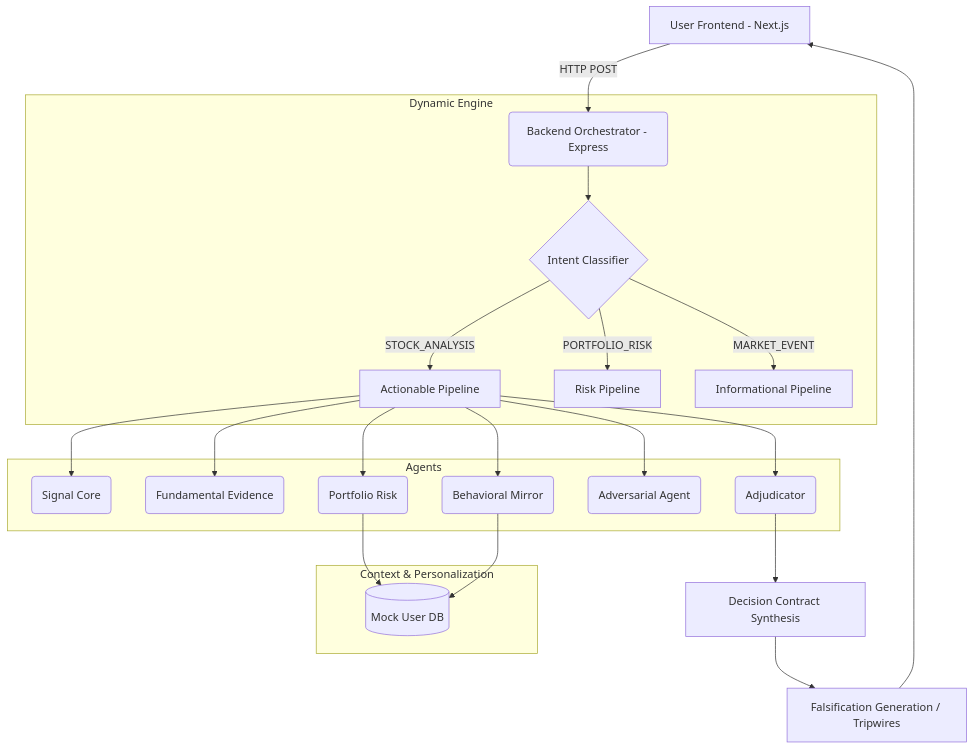
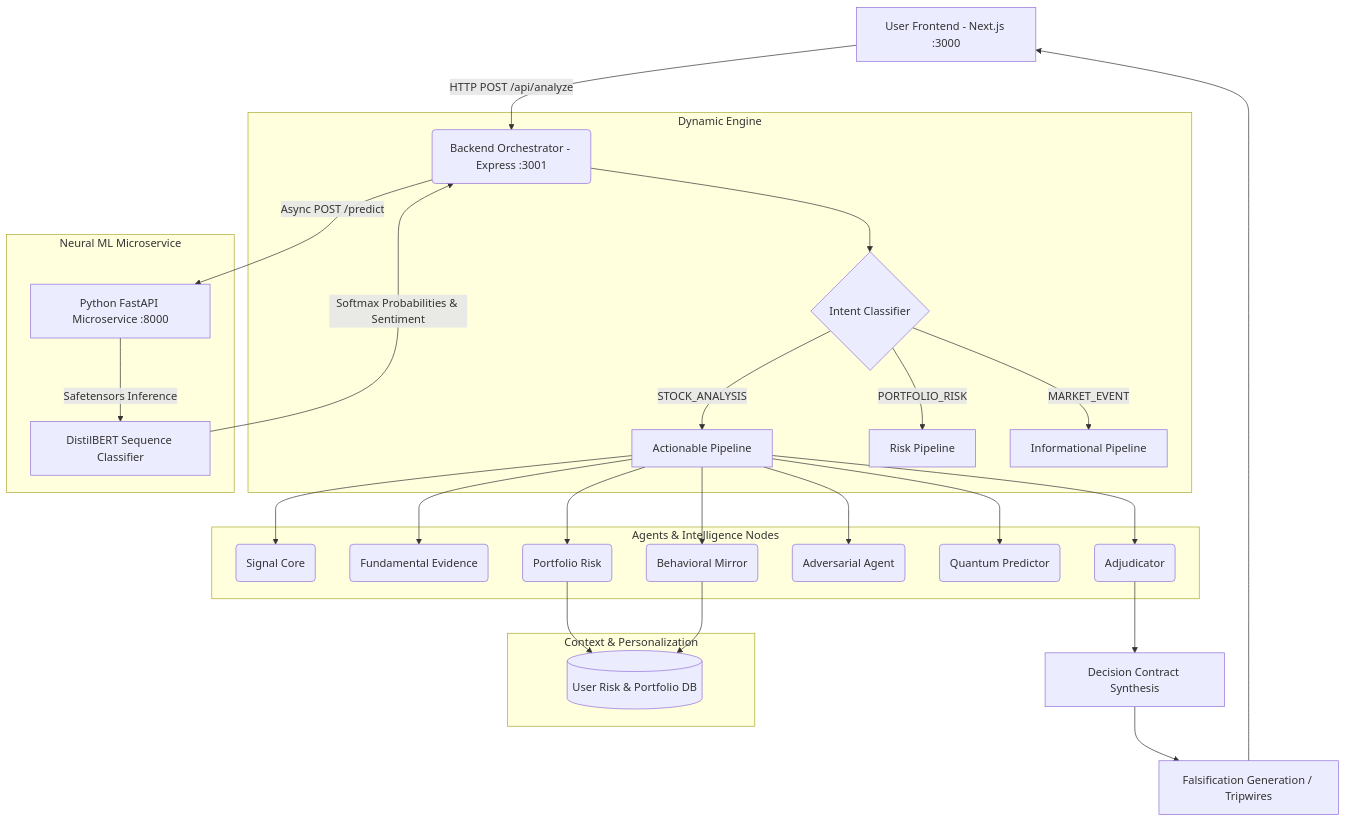
Before and after one commit to gokulra2006-del/FinanceSystem: the diagram in docs/ARCHITECTURE.md, drawn with Mermaid. The commit also changed other lines of this file and 7 other files, not shown here.

Commit message:
feat: integrate ML model microservice, enhance README & architecture docs, fix decision intelligence telemetry

````diff
--- a/docs/ARCHITECTURE.md
+++ b/docs/ARCHITECTURE.md
@@ -9,29 +9,36 @@
 ```mermaid
 graph TD
-    A[User Frontend - Next.js] -->|HTTP POST| B(Backend Orchestrator - Express)
+    A[User Frontend - Next.js :3000] -->|HTTP POST /api/analyze| B(Backend Orchestrator - Express :3001)
     
     subgraph Dynamic Engine
     B --> C{Intent Classifier}
     C -->|STOCK_ANALYSIS| D[Actionable Pipeline]
     C -->|PORTFOLIO_RISK| E[Risk Pipeline]
     C -->|MARKET_EVENT| F[Informational Pipeline]
     end
 
-    subgraph Agents
+    subgraph Agents & Intelligence Nodes
     D --> G(Signal Core)
     D --> H(Fundamental Evidence)
     D --> I(Portfolio Risk)
     D --> J(Behavioral Mirror)
     D --> K(Adversarial Agent)
+    D --> P(Quantum Predictor)
     D --> L(Adjudicator)
     end
 
+    subgraph Neural ML Microservice
+    B -->|Async POST /predict| ML[Python FastAPI Microservice :8000]
+    ML -->|Safetensors Inference| BERT[DistilBERT Sequence Classifier]
+    BERT -->|Softmax Probabilities & Sentiment| B
+    end
+
     subgraph Context & Personalization
-    I --> M[(Mock User DB)]
+    I --> M[(User Risk & Portfolio DB)]
     J --> M
     end
 
     L --> N[Decision Contract Synthesis]
     N --> O[Falsification Generation / Tripwires]
     O --> A
 ```
````
